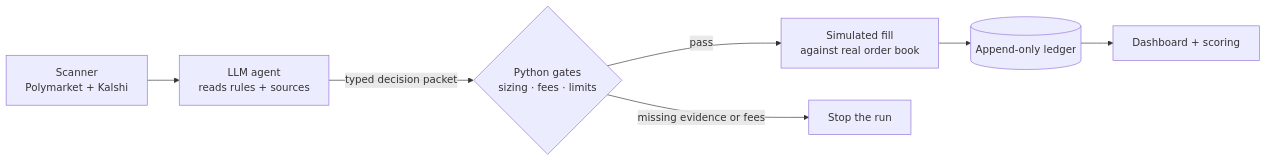
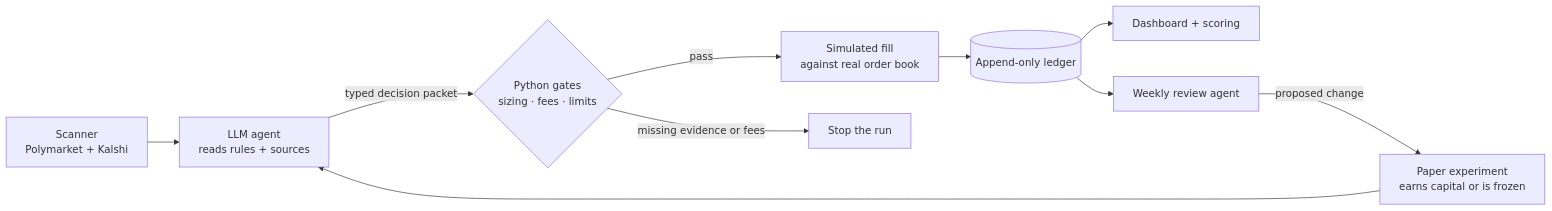
One commit to Amadeus415/agentic_trading changed the diagram in README.md. Above: the diagram before and after it, drawn with Mermaid. The commit also changed other lines of this file and 2 other files, not shown here.

````diff
--- a/README.md
+++ b/README.md
@@ -35,9 +37,12 @@
 ```mermaid
 flowchart LR
     S[Scanner<br/>Polymarket + Kalshi] --> R[LLM agent<br/>reads rules + sources]
     R -->|typed decision packet| G{Python gates<br/>sizing · fees · limits}
     G -->|pass| F[Simulated fill<br/>against real order book]
     G -->|missing evidence or fees| X[Stop the run]
     F --> L[(Append-only ledger)]
     L --> D[Dashboard + scoring]
+    L --> V[Weekly review agent]
+    V -->|proposed change| E[Paper experiment<br/>earns capital or is frozen]
+    E --> R
 ```
````
